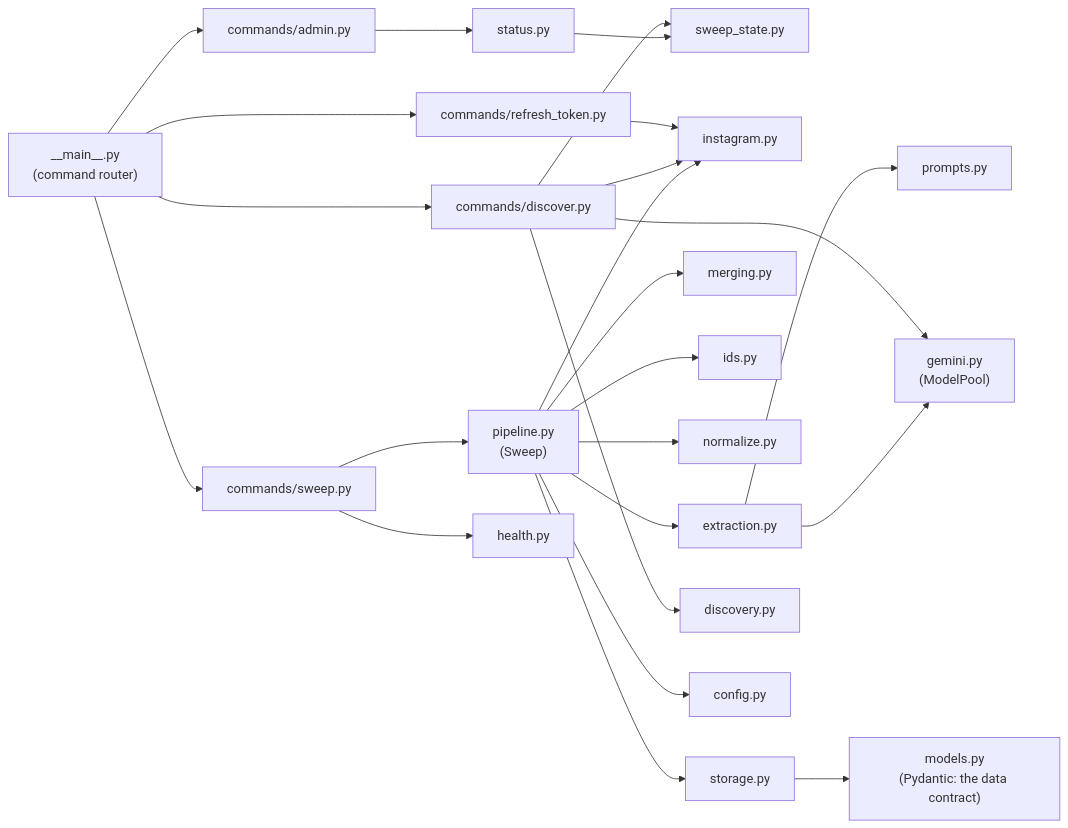
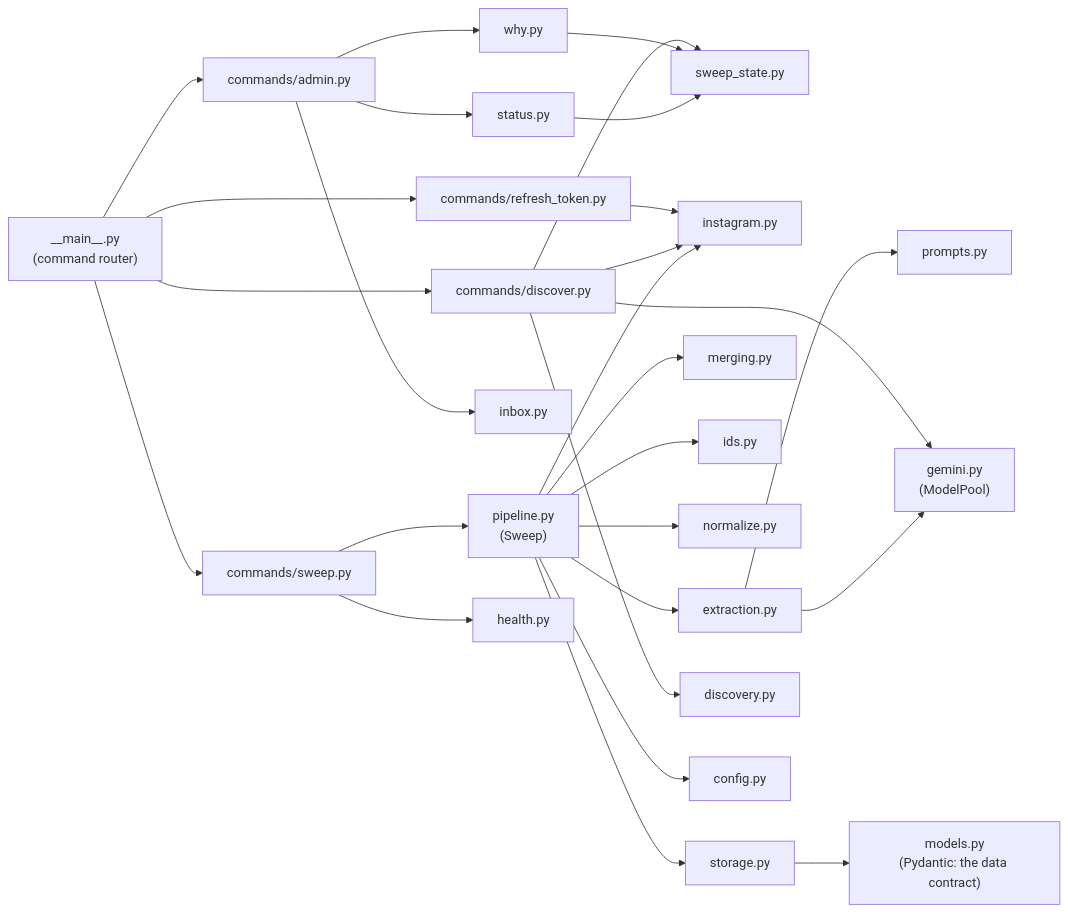
Before and after one commit to pa-bailar/backend: diagram 12 of 12 in docs/ARCHITECTURE.md, drawn with Mermaid. The commit also changed other lines of this file and 4 other files, not shown here.

````diff
--- a/docs/ARCHITECTURE.md
+++ b/docs/ARCHITECTURE.md
@@ -804,26 +822,29 @@
 ```mermaid
 flowchart LR
     MAIN["__main__.py<br/>(command router)"] --> SW["commands/sweep.py"]
     MAIN --> DI["commands/discover.py"]
     MAIN --> RT["commands/refresh_token.py"]
     MAIN --> AD["commands/admin.py"]
     AD --> ST["status.py"]
     ST --> SS["sweep_state.py"]
+    AD --> WHY["why.py"]
+    AD --> INB["inbox.py"]
+    WHY --> SS
     DI --> SS
     SW --> PL["pipeline.py<br/>(Sweep)"]
     SW --> HE["health.py"]
     PL --> IGC["instagram.py"]
     PL --> EXT["extraction.py"]
     PL --> MER["merging.py"]
     PL --> IDS["ids.py"]
     PL --> NOR["normalize.py"]
     PL --> STO["storage.py"]
     EXT --> GEM["gemini.py<br/>(ModelPool)"]
     EXT --> PRO["prompts.py"]
     DI --> DIS["discovery.py"]
     DI --> IGC
     DI --> GEM
     RT --> IGC
     STO --> MOD["models.py<br/>(Pydantic: the data contract)"]
     PL --> CFG["config.py"]
 ```
````
